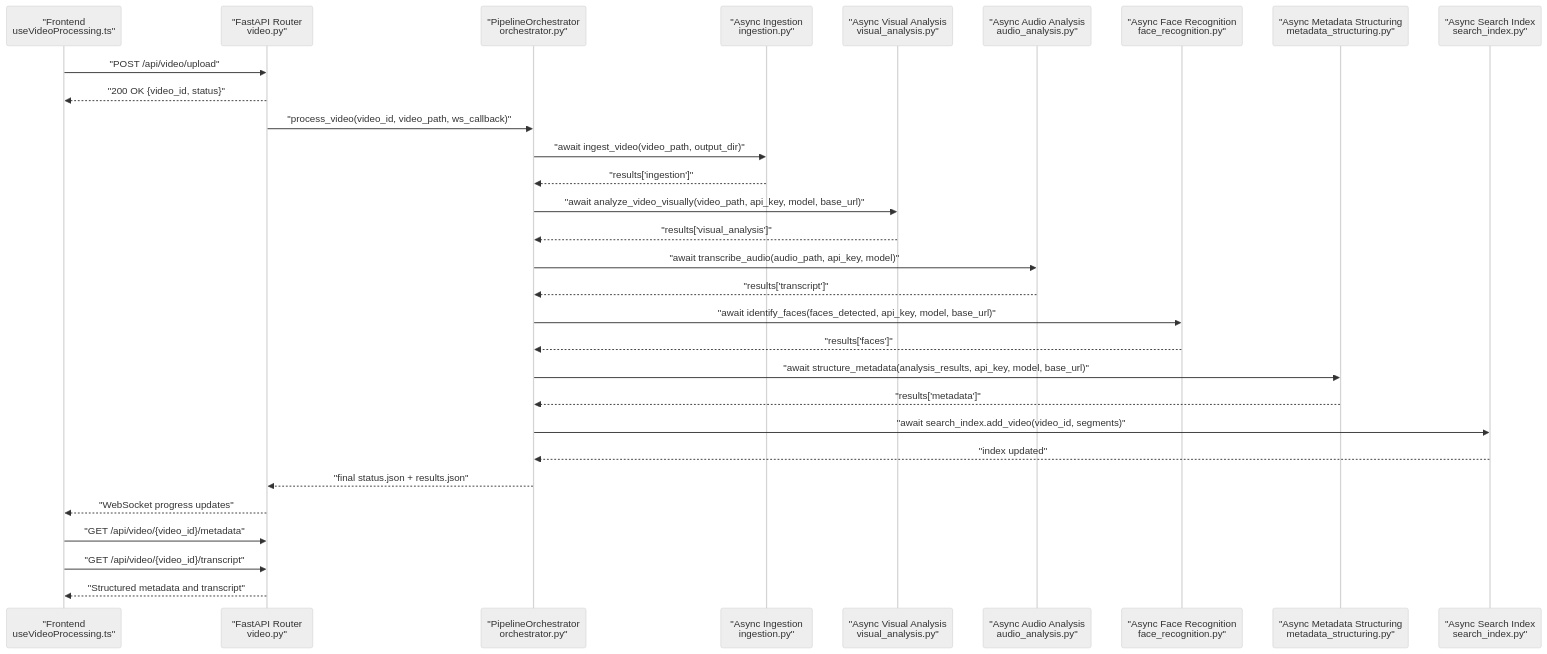
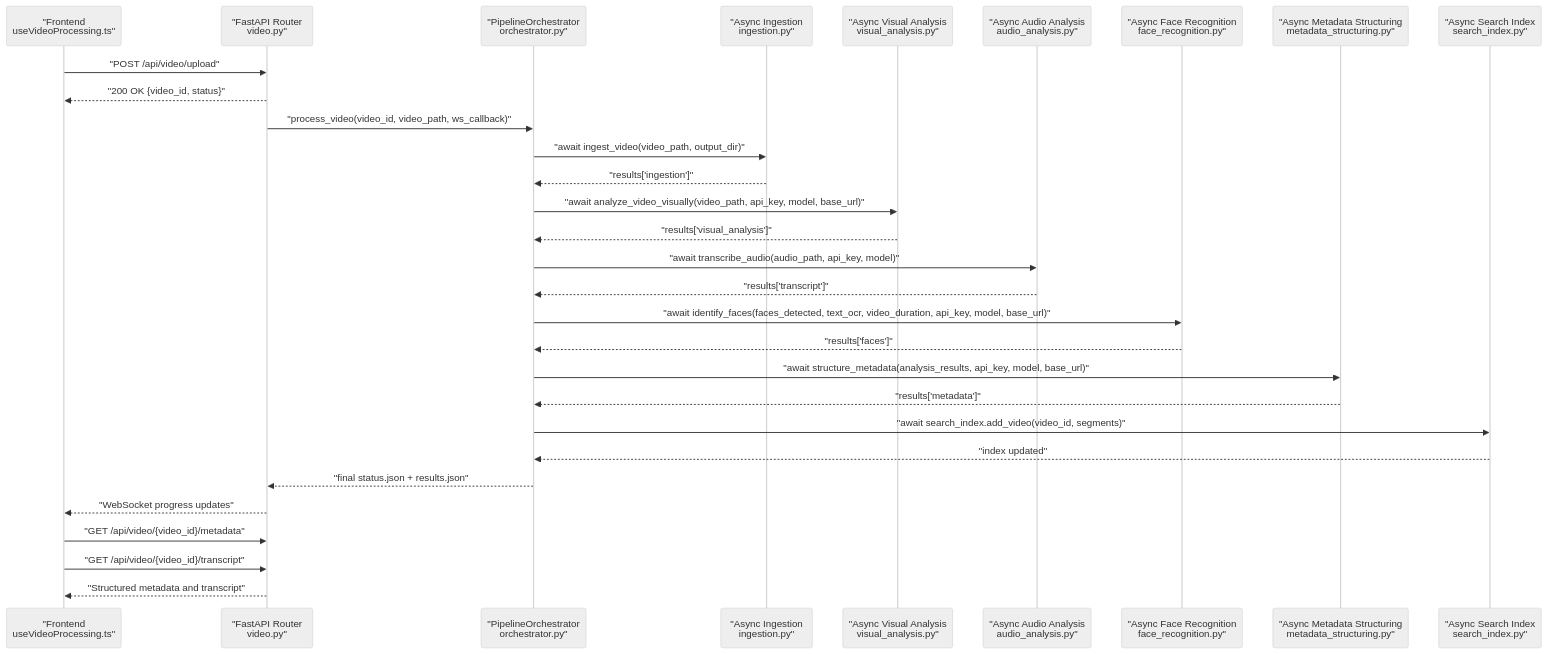
The second of 7 diagrams in .qoder/repowiki/en/content/Media Processing Pipeline/Pipeline Overview and Architecture.md (alexandreybasta-cyber/dubai-media-ai), drawn with Mermaid (neutral theme) before and after one commit. The commit also changed other lines of this file and 54 other files, not shown here.

````diff
--- a/.qoder/repowiki/en/content/Media Processing Pipeline/Pipeline Overview and Architecture.md
+++ b/.qoder/repowiki/en/content/Media Processing Pipeline/Pipeline Overview and Architecture.md
@@ -109,32 +109,32 @@
 ```mermaid
 sequenceDiagram
 participant FE as "Frontend<br/>useVideoProcessing.ts"
 participant API as "FastAPI Router<br/>video.py"
 participant ORCH as "PipelineOrchestrator<br/>orchestrator.py"
 participant ST1 as "Async Ingestion<br/>ingestion.py"
 participant ST2 as "Async Visual Analysis<br/>visual_analysis.py"
 participant ST3 as "Async Audio Analysis<br/>audio_analysis.py"
 participant ST4 as "Async Face Recognition<br/>face_recognition.py"
 participant ST5 as "Async Metadata Structuring<br/>metadata_structuring.py"
 participant ST6 as "Async Search Index<br/>search_index.py"
 FE->>API : "POST /api/video/upload"
 API-->>FE : "200 OK {video_id, status}"
 API->>ORCH : "process_video(video_id, video_path, ws_callback)"
 ORCH->>ST1 : "await ingest_video(video_path, output_dir)"
 ST1-->>ORCH : "results['ingestion']"
 ORCH->>ST2 : "await analyze_video_visually(video_path, api_key, model, base_url)"
 ST2-->>ORCH : "results['visual_analysis']"
 ORCH->>ST3 : "await transcribe_audio(audio_path, api_key, model)"
 ST3-->>ORCH : "results['transcript']"
-ORCH->>ST4 : "await identify_faces(faces_detected, api_key, model, base_url)"
+ORCH->>ST4 : "await identify_faces(faces_detected, text_ocr, video_duration, api_key, model, base_url)"
 ST4-->>ORCH : "results['faces']"
 ORCH->>ST5 : "await structure_metadata(analysis_results, api_key, model, base_url)"
 ST5-->>ORCH : "results['metadata']"
 ORCH->>ST6 : "await search_index.add_video(video_id, segments)"
 ST6-->>ORCH : "index updated"
 ORCH-->>API : "final status.json + results.json"
 API-->>FE : "WebSocket progress updates"
 FE->>API : "GET /api/video/{video_id}/metadata"
 FE->>API : "GET /api/video/{video_id}/transcript"
 API-->>FE : "Structured metadata and transcript"
 ```
````
